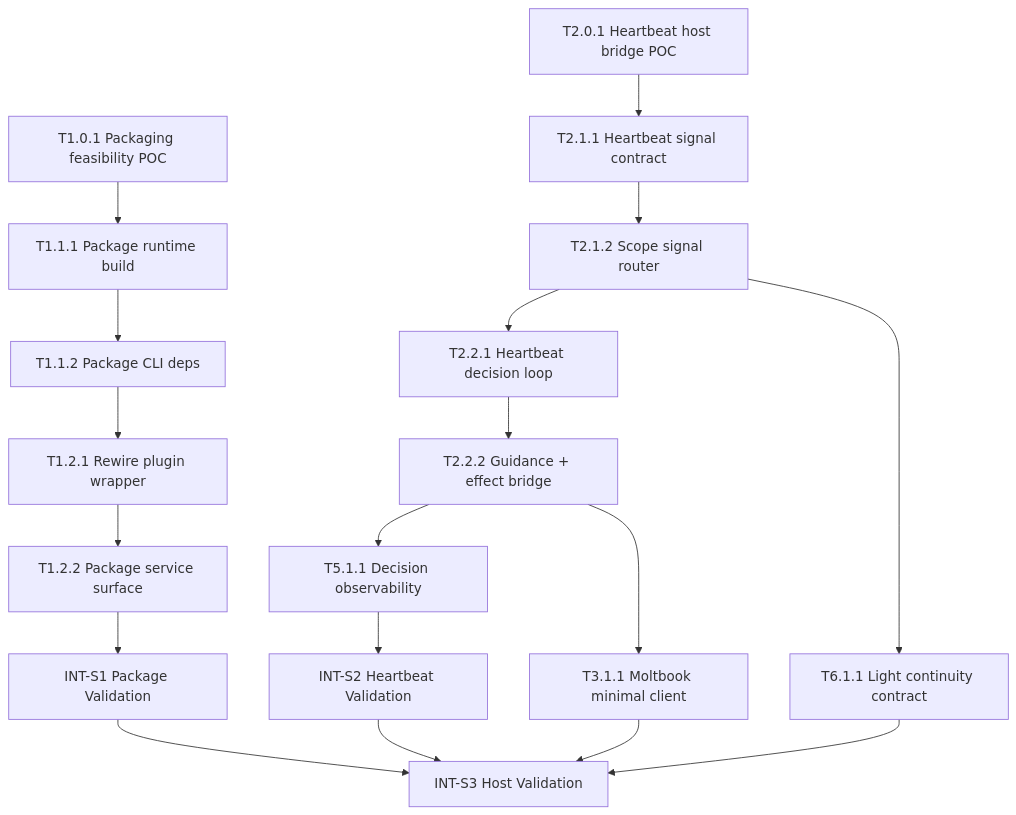
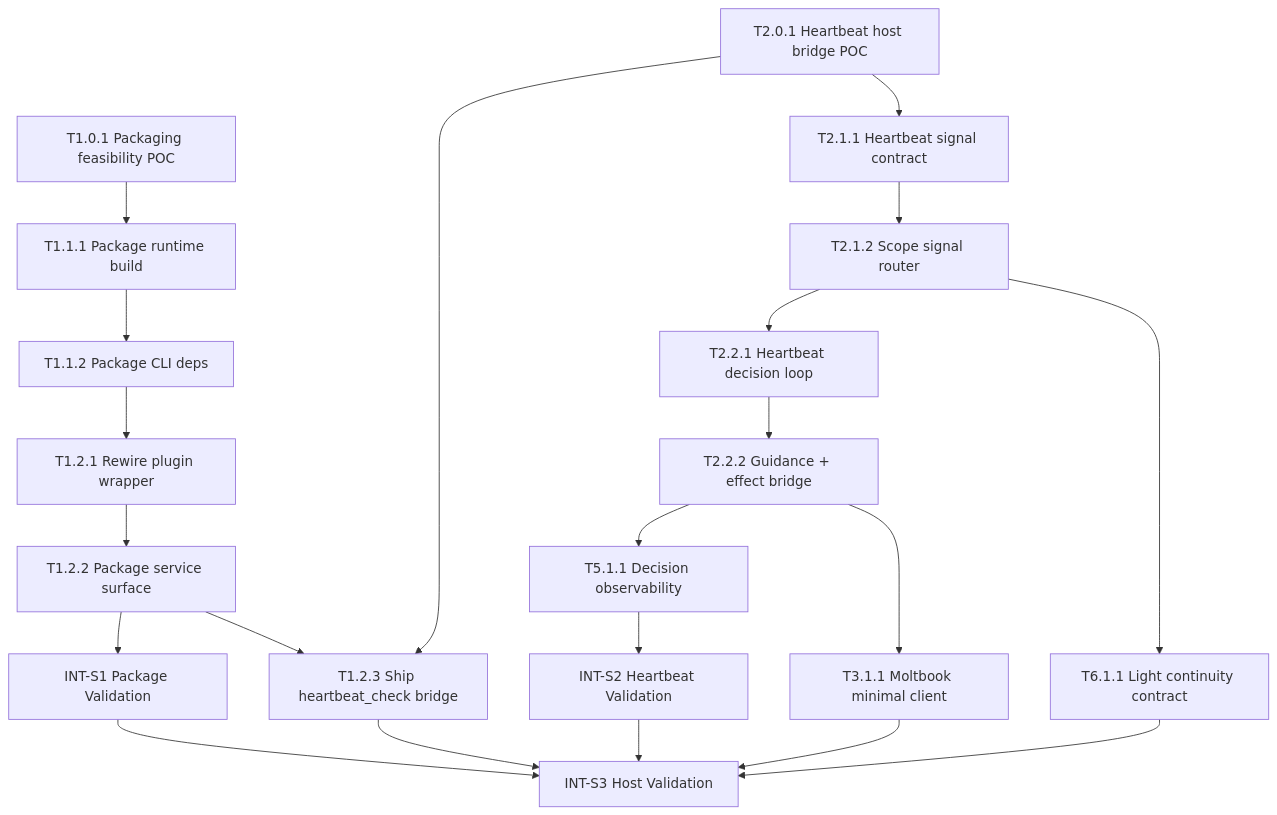
Before and after one commit to Haaaiawd/Second-Nature: the diagram in .anws/v4/05_TASKS.md, drawn with Mermaid. The commit also changed other lines of this file and 9 other files, not shown here.

First line of the commit message:
feat(cli-system): T1.2.3 — ship heartbeat_check bridge surface

````diff
--- a/.anws/v4/05_TASKS.md
+++ b/.anws/v4/05_TASKS.md
@@ -5,22 +5,25 @@
 ```mermaid
 graph TD
     T1_0_1[T1.0.1 Packaging feasibility POC] --> T1_1_1[T1.1.1 Package runtime build]
     T1_1_1 --> T1_1_2[T1.1.2 Package CLI deps]
     T1_1_2 --> T1_2_1[T1.2.1 Rewire plugin wrapper]
     T1_2_1 --> T1_2_2[T1.2.2 Package service surface]
     T1_2_2 --> INT_S1[INT-S1 Package Validation]
 
-    T2_0_1[T2.0.1 Heartbeat host bridge POC] --> T2_1_1[T2.1.1 Heartbeat signal contract]
+    T1_2_2 --> T1_2_3[T1.2.3 Ship heartbeat_check bridge]
+    T2_0_1[T2.0.1 Heartbeat host bridge POC] --> T1_2_3
+    T2_0_1 --> T2_1_1[T2.1.1 Heartbeat signal contract]
     T2_1_1 --> T2_1_2[T2.1.2 Scope signal router]
     T2_1_2 --> T2_2_1[T2.2.1 Heartbeat decision loop]
     T2_2_1 --> T2_2_2[T2.2.2 Guidance + effect bridge]
     T2_2_2 --> T5_1_1[T5.1.1 Decision observability]
     T5_1_1 --> INT_S2[INT-S2 Heartbeat Validation]
 
     T2_2_2 --> T3_1_1[T3.1.1 Moltbook minimal client]
     T2_1_2 --> T6_1_1[T6.1.1 Light continuity contract]
     INT_S1 --> INT_S3[INT-S3 Host Validation]
     INT_S2 --> INT_S3
+    T1_2_3 --> INT_S3
     T3_1_1 --> INT_S3
     T6_1_1 --> INT_S3
 ```
````
